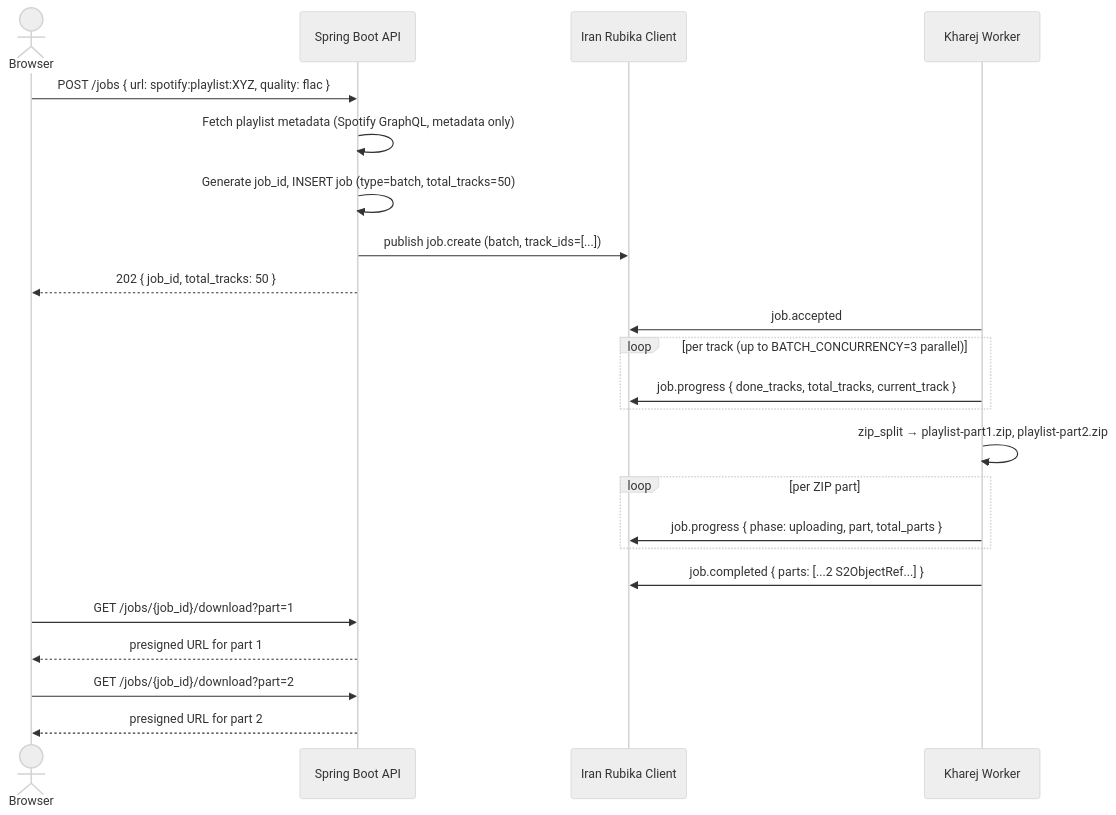
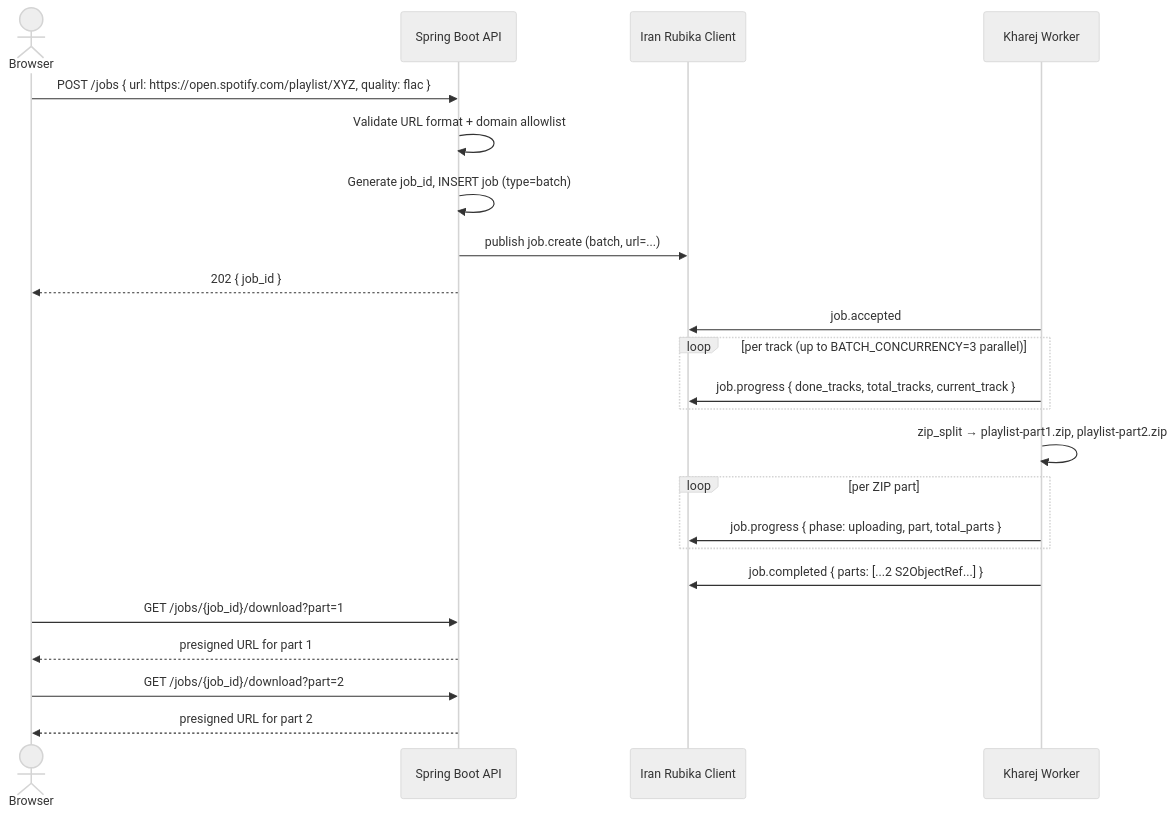
Before and after one commit to xshayank/RubeTunes: the second of 3 diagrams in docs/research/arvan-webui-migration/track-b-java-roadmap.md, drawn with Mermaid (neutral theme). The commit also changed other lines of this file and 2 other files, not shown here.

First line of the commit message:
Fix Iran-side docs: remove all external platform calls; Iran sends URLs only

````diff
--- a/docs/research/arvan-webui-migration/track-b-java-roadmap.md
+++ b/docs/research/arvan-webui-migration/track-b-java-roadmap.md
@@ -157,28 +157,28 @@
 ```mermaid
 sequenceDiagram
     actor User as Browser
     participant API as Spring Boot API
     participant RubIran as Iran Rubika Client
     participant Worker as Kharej Worker
 
-    User->>API: POST /jobs { url: spotify:playlist:XYZ, quality: flac }
-    API->>API: Fetch playlist metadata (Spotify GraphQL, metadata only)
-    API->>API: Generate job_id, INSERT job (type=batch, total_tracks=50)
-    API->>RubIran: publish job.create (batch, track_ids=[...])
-    API-->>User: 202 { job_id, total_tracks: 50 }
+    User->>API: POST /jobs { url: https://open.spotify.com/playlist/XYZ, quality: flac }
+    API->>API: Validate URL format + domain allowlist
+    API->>API: Generate job_id, INSERT job (type=batch)
+    API->>RubIran: publish job.create (batch, url=...)
+    API-->>User: 202 { job_id }
 
     Worker->>RubIran: job.accepted
     loop per track (up to BATCH_CONCURRENCY=3 parallel)
         Worker->>RubIran: job.progress { done_tracks, total_tracks, current_track }
     end
     Worker->>Worker: zip_split → playlist-part1.zip, playlist-part2.zip
     loop per ZIP part
         Worker->>RubIran: job.progress { phase: uploading, part, total_parts }
     end
     Worker->>RubIran: job.completed { parts: [...2 S2ObjectRef...] }
 
     User->>API: GET /jobs/{job_id}/download?part=1
     API-->>User: presigned URL for part 1
     User->>API: GET /jobs/{job_id}/download?part=2
     API-->>User: presigned URL for part 2
 ```
````
